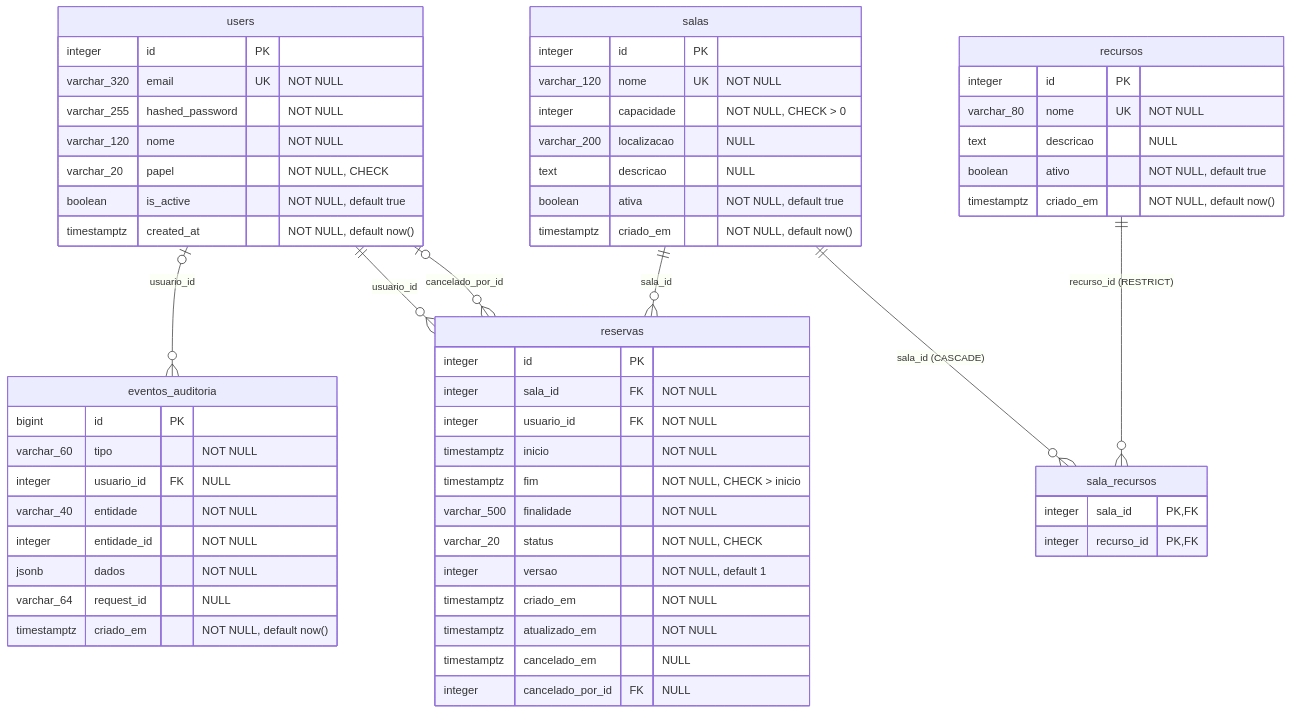
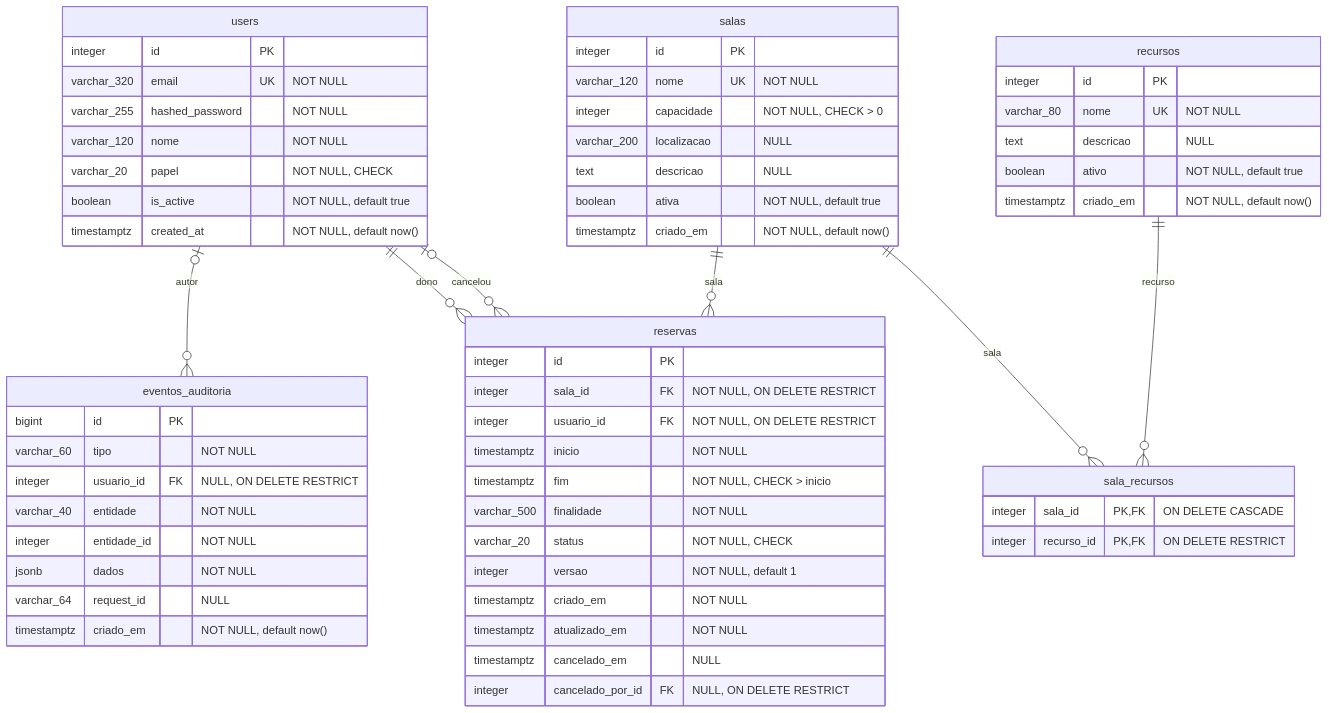
Before and after one commit to gabrielle-saito/desenvolvimento-web: the second of 2 diagrams in docs/modelo-de-dados.md, drawn with Mermaid. The commit also changed other lines of this file and 31 other files, not shown here.

Commit message:
feat: privacidade das reservas, DELETE como soft delete, FKs RESTRICT e detalhe da sala

````diff
--- a/docs/modelo-de-dados.md
+++ b/docs/modelo-de-dados.md
@@ -97,63 +97,63 @@
 ```mermaid
 erDiagram
-    users |o--o{ eventos_auditoria : "usuario_id"
-    users ||--o{ reservas : "usuario_id"
-    users |o--o{ reservas : "cancelado_por_id"
-    salas ||--o{ reservas : "sala_id"
-    salas ||--o{ sala_recursos : "sala_id (CASCADE)"
-    recursos ||--o{ sala_recursos : "recurso_id (RESTRICT)"
+    users |o--o{ eventos_auditoria : "autor"
+    users ||--o{ reservas : "dono"
+    users |o--o{ reservas : "cancelou"
+    salas ||--o{ reservas : "sala"
+    salas ||--o{ sala_recursos : "sala"
+    recursos ||--o{ sala_recursos : "recurso"
 
     users {
         integer id PK
         varchar_320 email UK "NOT NULL"
         varchar_255 hashed_password "NOT NULL"
         varchar_120 nome "NOT NULL"
         varchar_20 papel "NOT NULL, CHECK"
         boolean is_active "NOT NULL, default true"
         timestamptz created_at "NOT NULL, default now()"
     }
     salas {
         integer id PK
         varchar_120 nome UK "NOT NULL"
         integer capacidade "NOT NULL, CHECK > 0"
         varchar_200 localizacao "NULL"
         text descricao "NULL"
         boolean ativa "NOT NULL, default true"
         timestamptz criado_em "NOT NULL, default now()"
     }
     recursos {
         integer id PK
         varchar_80 nome UK "NOT NULL"
         text descricao "NULL"
         boolean ativo "NOT NULL, default true"
         timestamptz criado_em "NOT NULL, default now()"
     }
     sala_recursos {
-        integer sala_id PK,FK
-        integer recurso_id PK,FK
+        integer sala_id PK,FK "ON DELETE CASCADE"
+        integer recurso_id PK,FK "ON DELETE RESTRICT"
     }
     reservas {
         integer id PK
-        integer sala_id FK "NOT NULL"
-        integer usuario_id FK "NOT NULL"
+        integer sala_id FK "NOT NULL, ON DELETE RESTRICT"
+        integer usuario_id FK "NOT NULL, ON DELETE RESTRICT"
         timestamptz inicio "NOT NULL"
         timestamptz fim "NOT NULL, CHECK > inicio"
         varchar_500 finalidade "NOT NULL"
         varchar_20 status "NOT NULL, CHECK"
         integer versao "NOT NULL, default 1"
         timestamptz criado_em "NOT NULL"
         timestamptz atualizado_em "NOT NULL"
         timestamptz cancelado_em "NULL"
-        integer cancelado_por_id FK "NULL"
+        integer cancelado_por_id FK "NULL, ON DELETE RESTRICT"
     }
     eventos_auditoria {
         bigint id PK
         varchar_60 tipo "NOT NULL"
-        integer usuario_id FK "NULL"
+        integer usuario_id FK "NULL, ON DELETE RESTRICT"
         varchar_40 entidade "NOT NULL"
         integer entidade_id "NOT NULL"
         jsonb dados "NOT NULL"
         varchar_64 request_id "NULL"
         timestamptz criado_em "NOT NULL, default now()"
     }
 ```
````
